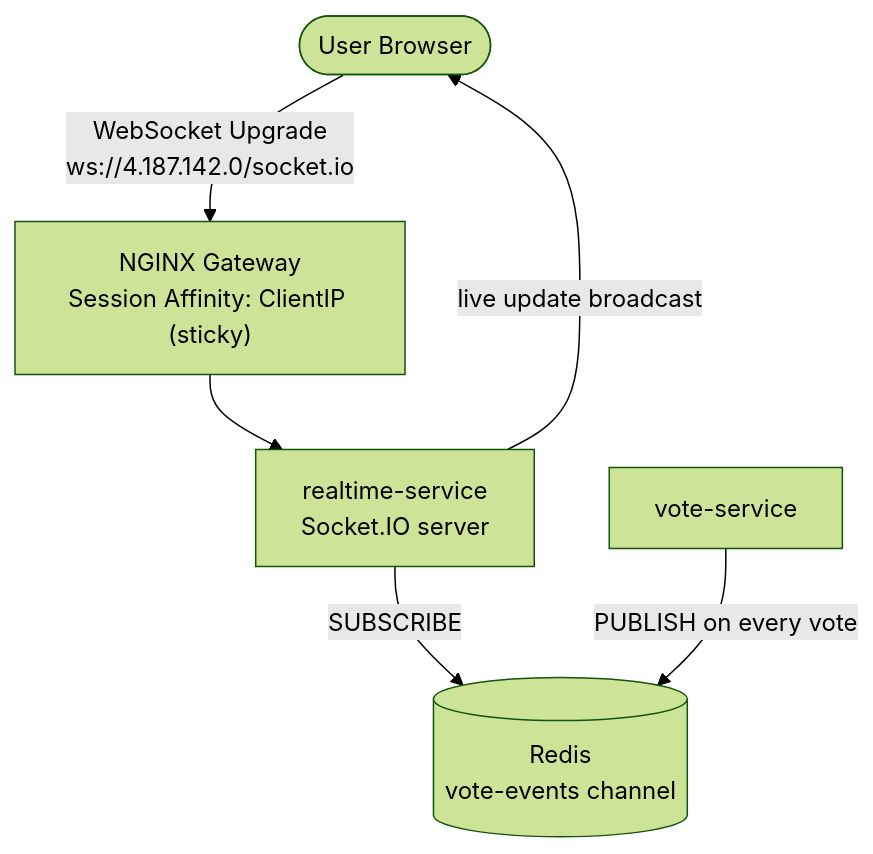
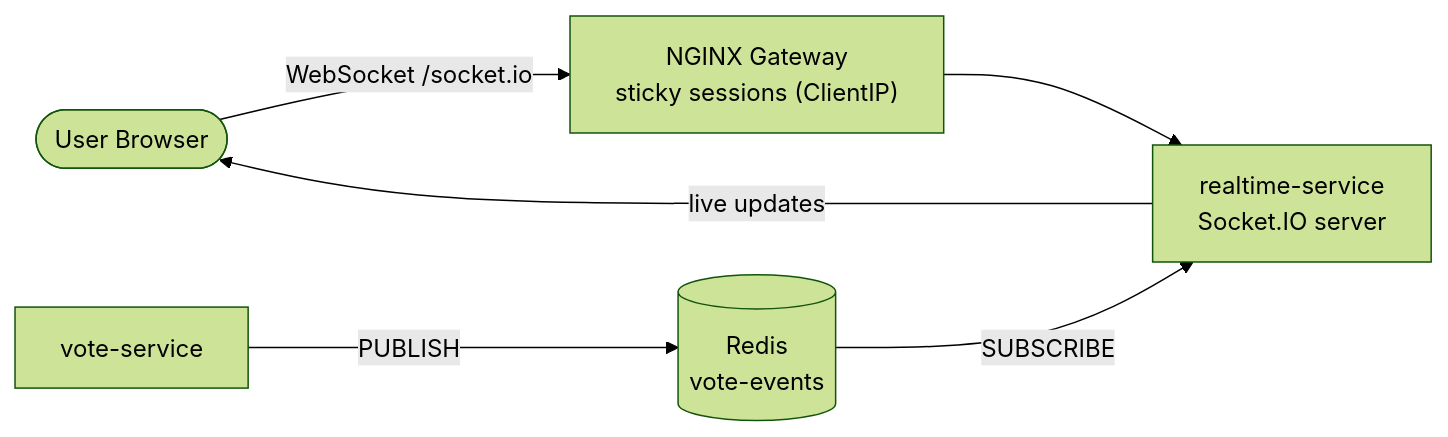
Before and after one commit to 0019-KDU/cloud-native-polling-platform: the fourth of 6 diagrams in README.md, drawn with Mermaid (forest theme). The commit also changed other lines of this file and 6 other files, not shown here.

Commit message:
fix: resolve Mermaid render errors (cycles + nested subgraphs); add diagram sources to docs/diagrams

````diff
--- a/README.md
+++ b/README.md
@@ -208,14 +201,14 @@
 ```mermaid
-flowchart TB
-    USER([User Browser])
-    GW["NGINX Gateway<br/>Session Affinity: ClientIP (sticky)"]
+flowchart LR
+    USER(["User Browser"])
+    GW["NGINX Gateway<br/>sticky sessions (ClientIP)"]
     RT["realtime-service<br/>Socket.IO server"]
-    REDIS[("Redis<br/>vote-events channel")]
+    REDIS[("Redis<br/>vote-events")]
     VOTE["vote-service"]
 
-    USER -- "WebSocket Upgrade<br/>ws://4.187.142.0/socket.io" --> GW
+    USER -->|"WebSocket /socket.io"| GW
     GW --> RT
-    RT -- "SUBSCRIBE" --> REDIS
-    VOTE -- "PUBLISH on every vote" --> REDIS
-    RT -- "live update broadcast" --> USER
+    VOTE -->|PUBLISH| REDIS
+    REDIS -->|SUBSCRIBE| RT
+    RT -->|"live updates"| USER
 ```
````
